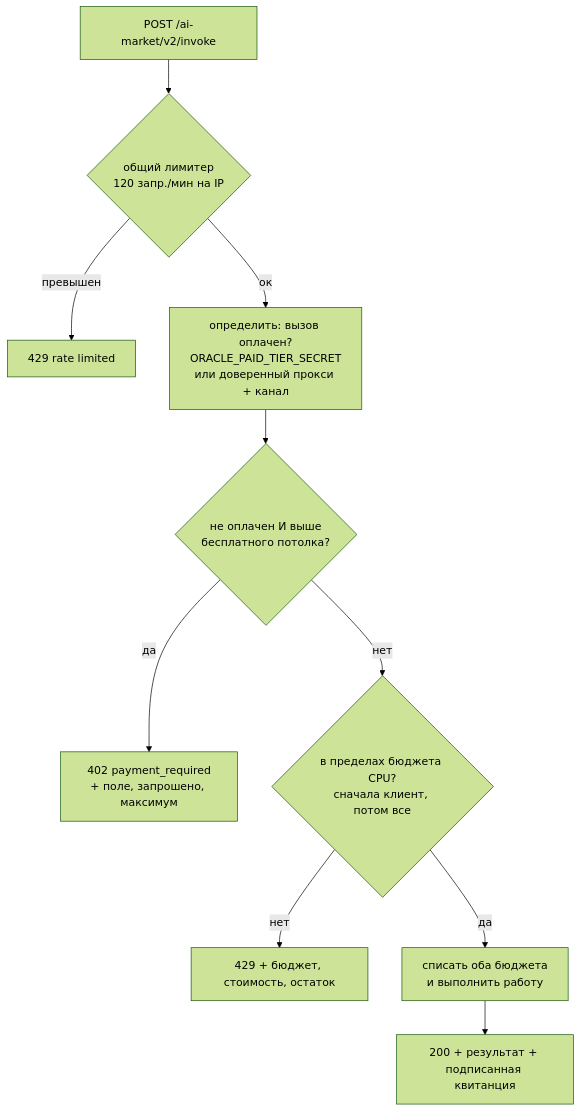
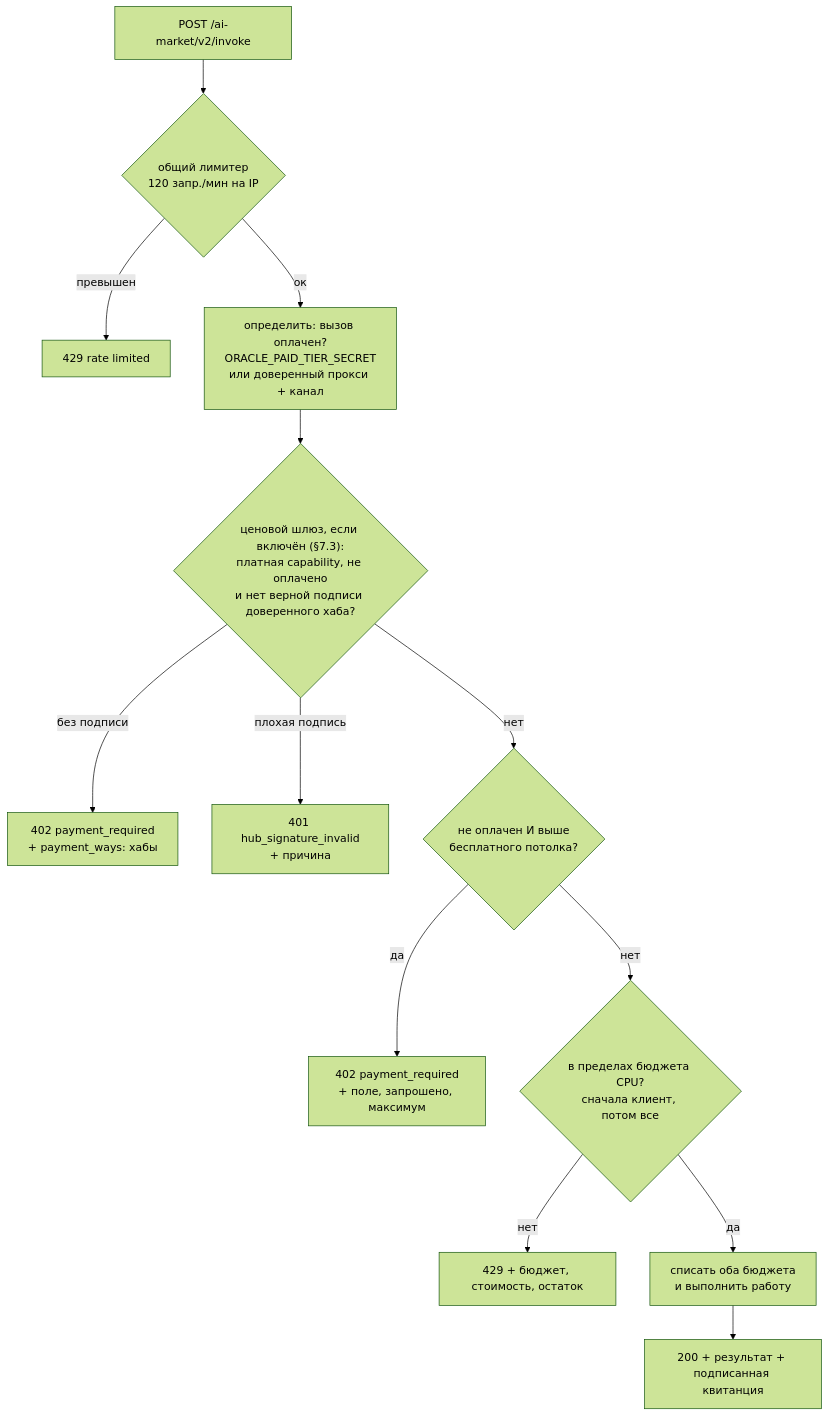
The second of 4 diagrams in docs/free-and-paid-tiers.ru.md (alexar76/aicom), drawn with Mermaid (forest theme) before and after one commit. The commit also changed other lines of this file and 496 other files, not shown here.

````diff
--- a/docs/free-and-paid-tiers.ru.md
+++ b/docs/free-and-paid-tiers.ru.md
@@ -173,12 +173,15 @@
 ```mermaid
 flowchart TD
     R["POST /ai-market/v2/invoke"] --> G{"общий лимитер<br/>120 запр./мин на IP"}
     G -->|превышен| G429["429 rate limited"]
     G -->|ок| P["определить: вызов оплачен?<br/>ORACLE_PAID_TIER_SECRET<br/>или доверенный прокси + канал"]
-    P --> F{"не оплачен И выше<br/>бесплатного потолка?"}
+    P --> H{"ценовой шлюз, если включён (§7.3):<br/>платная capability, не оплачено<br/>и нет верной подписи доверенного хаба?"}
+    H -->|без подписи| H402["402 payment_required<br/>+ payment_ways: хабы"]
+    H -->|плохая подпись| H401["401 hub_signature_invalid<br/>+ причина"]
+    H -->|нет| F{"не оплачен И выше<br/>бесплатного потолка?"}
     F -->|да| F402["402 payment_required<br/>+ поле, запрошено, максимум"]
     F -->|нет| B{"в пределах бюджета CPU?<br/>сначала клиент, потом все"}
     B -->|нет| B429["429 + бюджет, стоимость, остаток"]
     B -->|да| W["списать оба бюджета<br/>и выполнить работу"]
     W --> OK["200 + результат + подписанная квитанция"]
 ```
````
